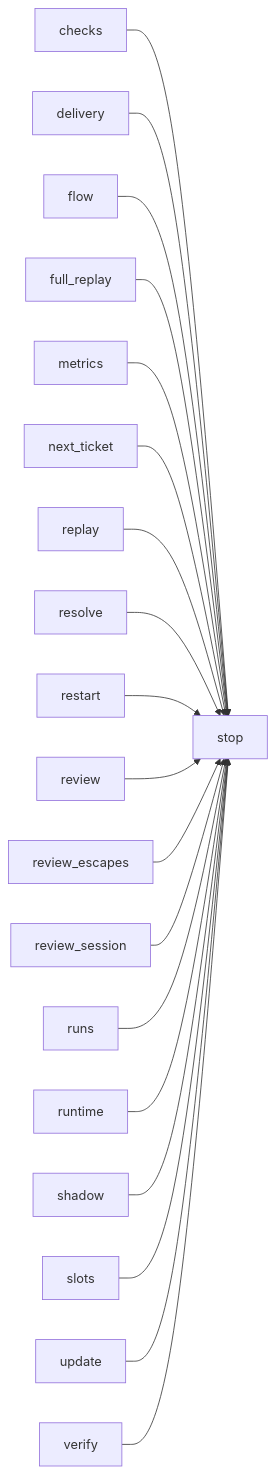
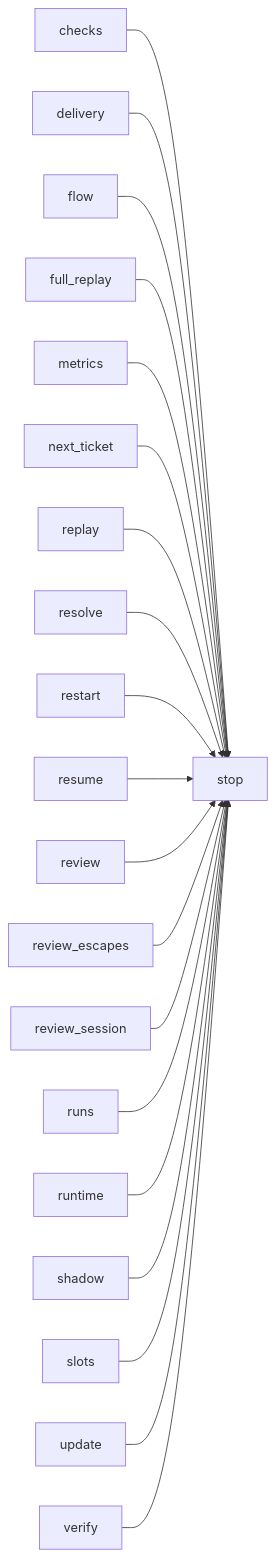
The second of 2 diagrams in docs/architecture/modules/stop.md (plaplanche/ariane), drawn with Mermaid before and after one commit. The commit also changed 43 other files, not shown here.

````diff
--- a/docs/architecture/modules/stop.md
+++ b/docs/architecture/modules/stop.md
@@ -52,21 +52,22 @@
 ```mermaid
 flowchart LR
   checks --> stop
   delivery --> stop
   flow --> stop
   full_replay --> stop
   metrics --> stop
   next_ticket --> stop
   replay --> stop
   resolve --> stop
   restart --> stop
+  resume --> stop
   review --> stop
   review_escapes --> stop
   review_session --> stop
   runs --> stop
   runtime --> stop
   shadow --> stop
   slots --> stop
   update --> stop
   verify --> stop
 ```
````
